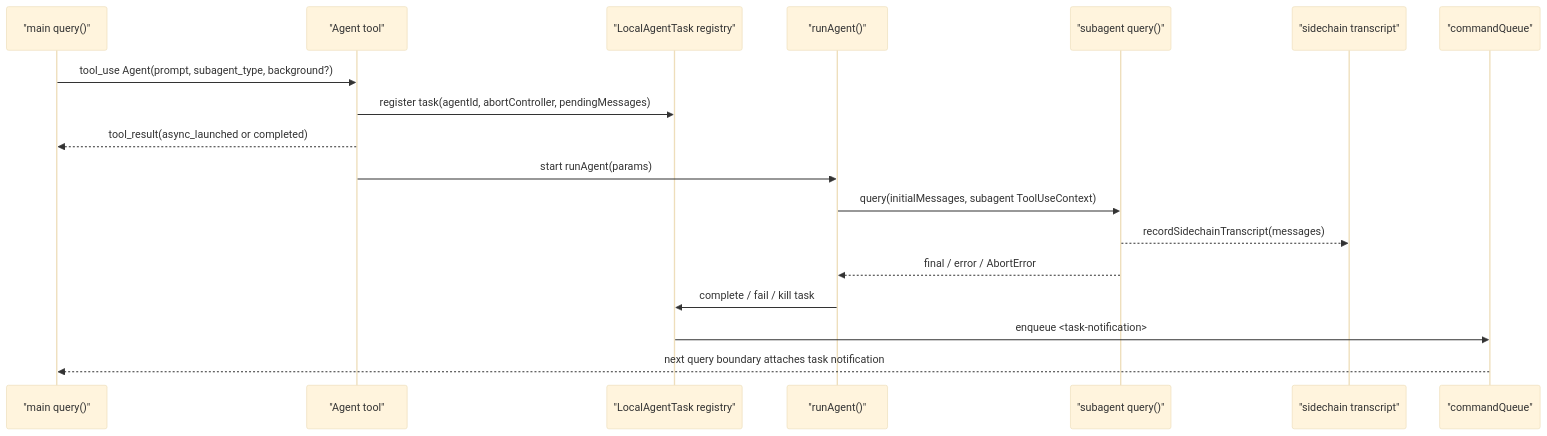
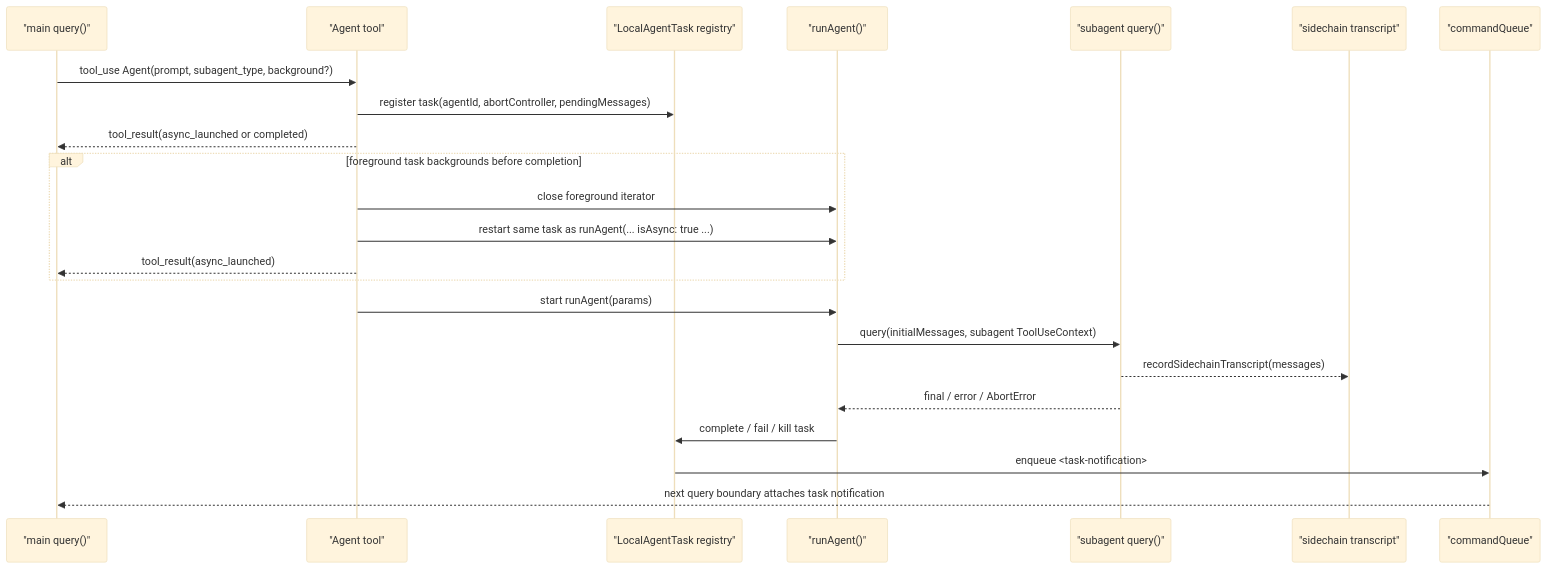
Before and after one commit to buoylee/interview: the diagram in ai/claude-code-source/10-subagent-runtime.md, drawn with Mermaid (base theme). The commit also changed other lines of this file and 2 other files, not shown here.

````diff
--- a/ai/claude-code-source/10-subagent-runtime.md
+++ b/ai/claude-code-source/10-subagent-runtime.md
@@ -211,21 +226,26 @@
 ```mermaid
 sequenceDiagram
   participant Main as "main query()"
   participant AgentTool as "Agent tool"
   participant Registry as "LocalAgentTask registry"
   participant Runner as "runAgent()"
   participant Sub as "subagent query()"
   participant Transcript as "sidechain transcript"
   participant Queue as "commandQueue"
 
   Main->>AgentTool: tool_use Agent(prompt, subagent_type, background?)
   AgentTool->>Registry: register task(agentId, abortController, pendingMessages)
   AgentTool-->>Main: tool_result(async_launched or completed)
+  alt foreground task backgrounds before completion
+    AgentTool->>Runner: close foreground iterator
+    AgentTool->>Runner: restart same task as runAgent(... isAsync: true ...)
+    AgentTool-->>Main: tool_result(async_launched)
+  end
   AgentTool->>Runner: start runAgent(params)
   Runner->>Sub: query(initialMessages, subagent ToolUseContext)
   Sub-->>Transcript: recordSidechainTranscript(messages)
   Sub-->>Runner: final / error / AbortError
   Runner->>Registry: complete / fail / kill task
   Registry->>Queue: enqueue <task-notification>
   Queue-->>Main: next query boundary attaches task notification
 ```
````
